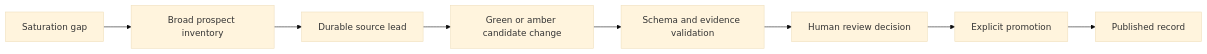
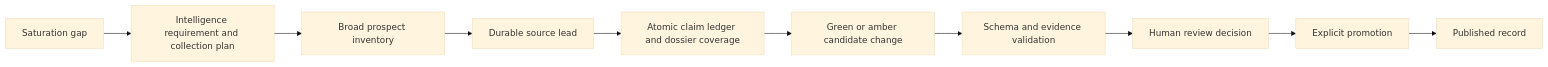
One commit to AndDavies/ecosystem_intelligence changed the diagram in context/governance/Research Agent Schema And Source Contract.md. Above: the diagram before and after it, drawn with Mermaid (base theme). The commit also changed other lines of this file and 25 other files, not shown here.

````diff
--- a/context/governance/Research Agent Schema And Source Contract.md
+++ b/context/governance/Research Agent Schema And Source Contract.md
@@ -14,10 +14,12 @@
 ```mermaid
 flowchart LR
-  A["Saturation gap"] --> P["Broad prospect inventory"]
+  A["Saturation gap"] --> I["Intelligence requirement and collection plan"]
+  I --> P["Broad prospect inventory"]
   P --> B["Durable source lead"]
-  B --> C["Green or amber candidate change"]
+  B --> L["Atomic claim ledger and dossier coverage"]
+  L --> C["Green or amber candidate change"]
   C --> D["Schema and evidence validation"]
   D --> E["Human review decision"]
   E --> F["Explicit promotion"]
   F --> G["Published record"]
 ```
````
